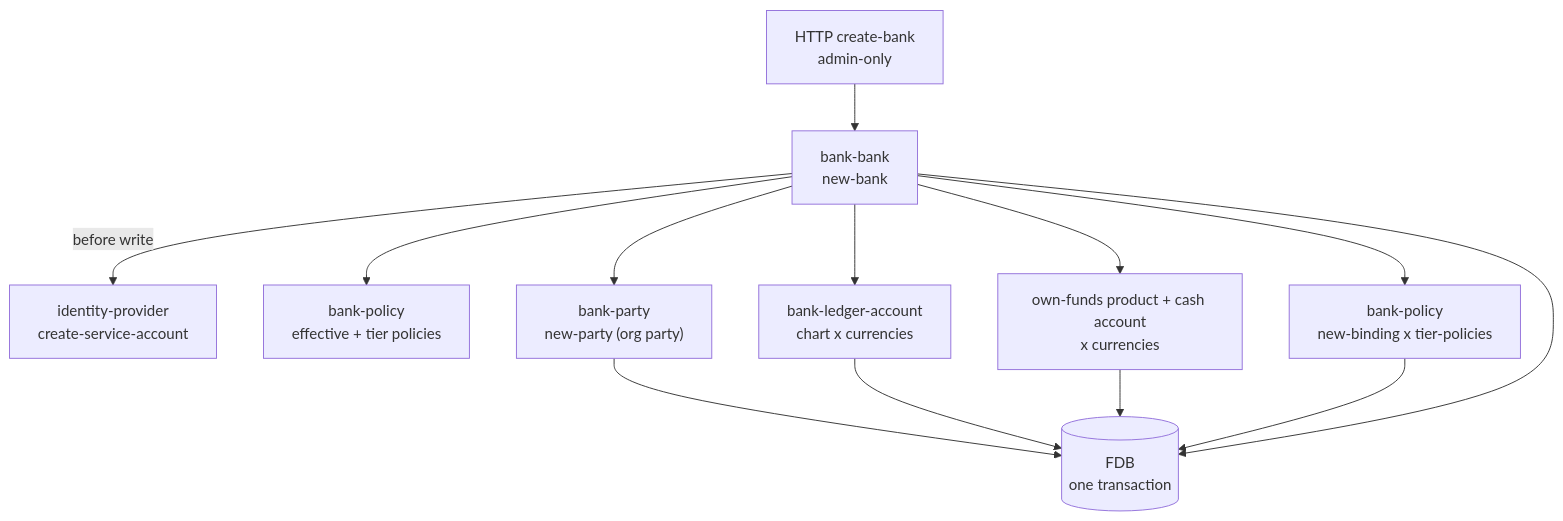
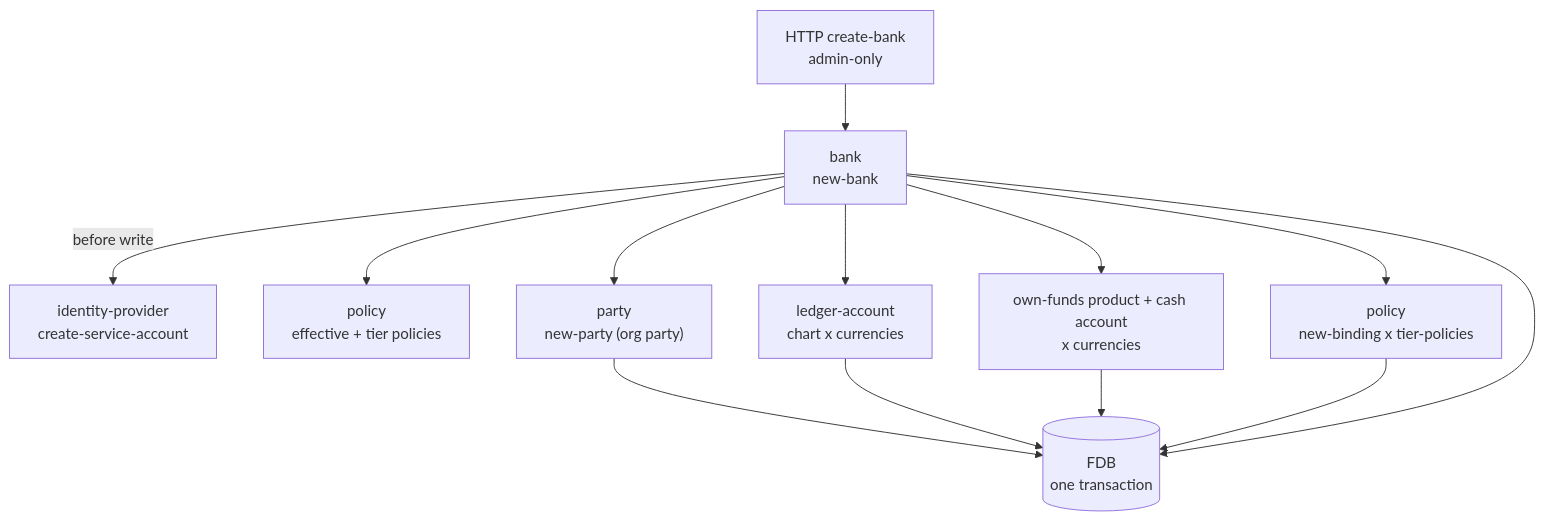
Before and after one commit to kjothen/queenswood: the diagram in docs/tdd/banks.md, drawn with Mermaid. The commit also changed other lines of this file and 51 other files, not shown here.

````diff
--- a/docs/tdd/banks.md
+++ b/docs/tdd/banks.md
@@ -75,25 +75,25 @@
 ```mermaid
 graph TD
     HTTP["HTTP create-bank<br/>admin-only"]
-    BB["bank-bank<br/>new-bank"]
+    BB["bank<br/>new-bank"]
     IDP["identity-provider<br/>create-service-account"]
-    POL["bank-policy<br/>effective + tier policies"]
-    BP["bank-party<br/>new-party (org party)"]
-    BLA["bank-ledger-account<br/>chart x currencies"]
+    POL["policy<br/>effective + tier policies"]
+    BP["party<br/>new-party (org party)"]
+    BLA["ledger-account<br/>chart x currencies"]
     BHA["own-funds product + cash account<br/>x currencies"]
-    BIND["bank-policy<br/>new-binding x tier-policies"]
+    BIND["policy<br/>new-binding x tier-policies"]
     FDB[("FDB<br/>one transaction")]
 
     HTTP --> BB
     BB -->|before write| IDP
     BB --> POL
     BB --> BP
     BB --> BLA
     BB --> BHA
     BB --> BIND
     BP --> FDB
     BLA --> FDB
     BHA --> FDB
     BIND --> FDB
     BB --> FDB
 ```
````
